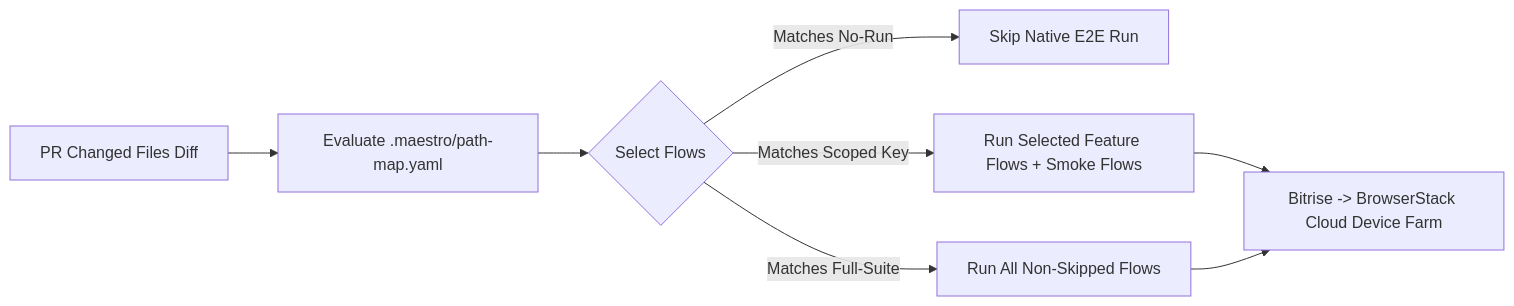
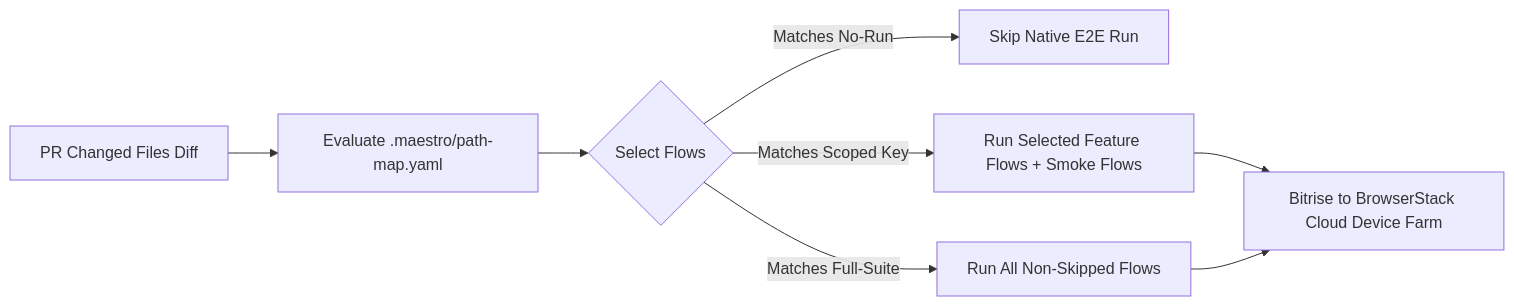
Before and after one commit to Pramith-S/Test: the fourth of 4 diagrams in MATIKS_CLIENT_EXPLANATION_REPORT.md, drawn with Mermaid. The commit also changed other lines of this file, not shown here.

````diff
--- a/MATIKS_CLIENT_EXPLANATION_REPORT.md
+++ b/MATIKS_CLIENT_EXPLANATION_REPORT.md
@@ -428,11 +428,11 @@
 ```mermaid
 flowchart LR
-    PRDiff[PR Changed Files Diff] --> PathMap[Evaluate .maestro/path-map.yaml]
-    PathMap --> Decision{Select Flows}
-    Decision -->|Matches No-Run| SkipRun[Skip Native E2E Run]
-    Decision -->|Matches Full-Suite| AllFlows[Run All Non-Skipped Flows]
-    Decision -->|Matches Scoped Key| ScopedFlows[Run Selected Feature Flows + Smoke Flows]
+    PRDiff["PR Changed Files Diff"] --> PathMap["Evaluate .maestro/path-map.yaml"]
+    PathMap --> Decision{"Select Flows"}
+    Decision -->|Matches No-Run| SkipRun["Skip Native E2E Run"]
+    Decision -->|Matches Full-Suite| AllFlows["Run All Non-Skipped Flows"]
+    Decision -->|Matches Scoped Key| ScopedFlows["Run Selected Feature Flows + Smoke Flows"]
     
-    ScopedFlows --> BrowserStack[Bitrise -> BrowserStack Cloud Device Farm]
+    ScopedFlows --> BrowserStack["Bitrise to BrowserStack Cloud Device Farm"]
     AllFlows --> BrowserStack
 ```
````
